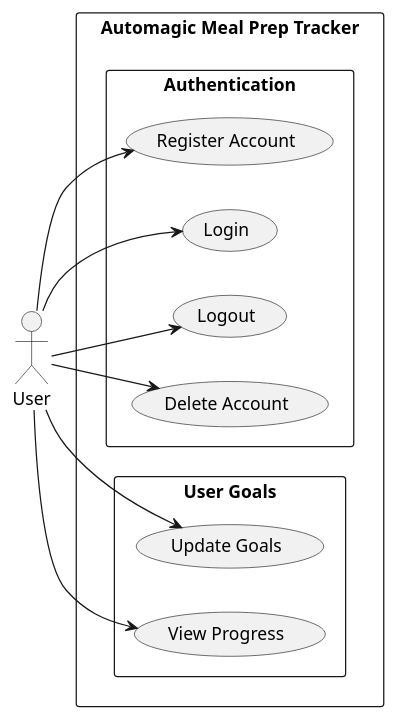
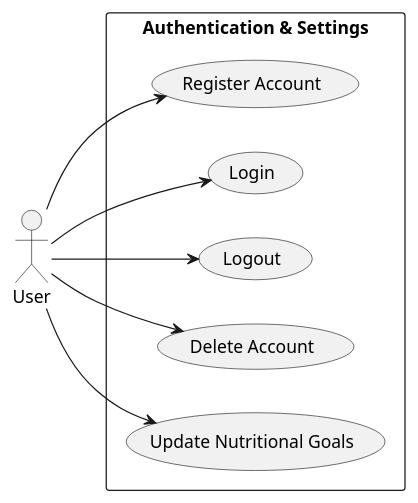
One commit to alfredbrannare/automagic-foodtracker-backend changed the diagram in docs/system_documentation/diagrams/usecase/users_authentication.puml. Above: the diagram before and after it, drawn with PlantUML. The commit also changed 2 other files, not shown here.

```diff
--- a/docs/system_documentation/diagrams/usecase/users_authentication.puml
+++ b/docs/system_documentation/diagrams/usecase/users_authentication.puml
@@ -1,29 +1,21 @@
 @startuml
 left to right direction
 skinparam packageStyle rectangle
 
 actor "User" as User
 
-rectangle "Automagic Meal Prep Tracker" {
-
-  package "Authentication" {
+rectangle "Authentication & Settings" {
     usecase "Register Account" as UC_Reg
     usecase "Login" as UC_Login
     usecase "Logout" as UC_Logout
     usecase "Delete Account" as UC_DelAcc
-  }
-
-  package "User Goals" {
-    usecase "Update Goals" as UC_Goals
-    usecase "View Progress" as UC_Prog
-  }
+    usecase "Update Nutritional Goals" as UC_Goals
 }
 
 User --> UC_Reg
 User --> UC_Login
 User --> UC_Logout
 User --> UC_DelAcc
 User --> UC_Goals
-User --> UC_Prog
 
 @enduml
```
